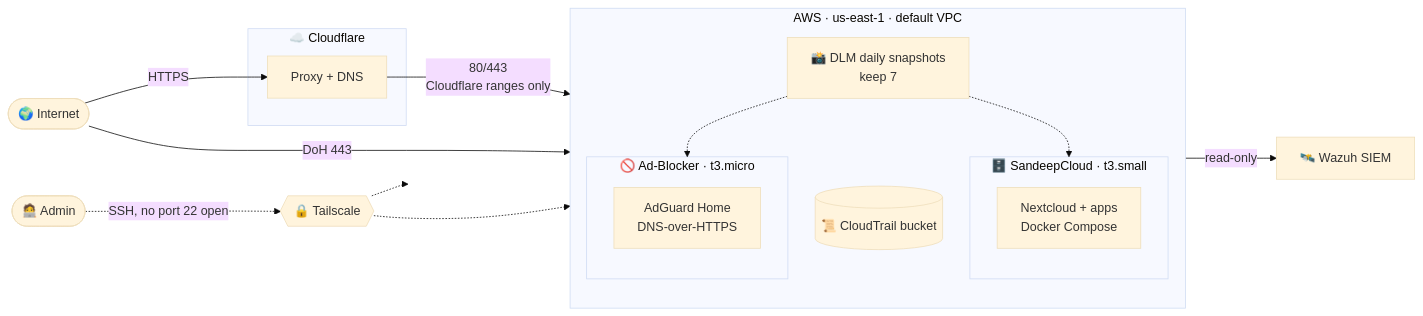
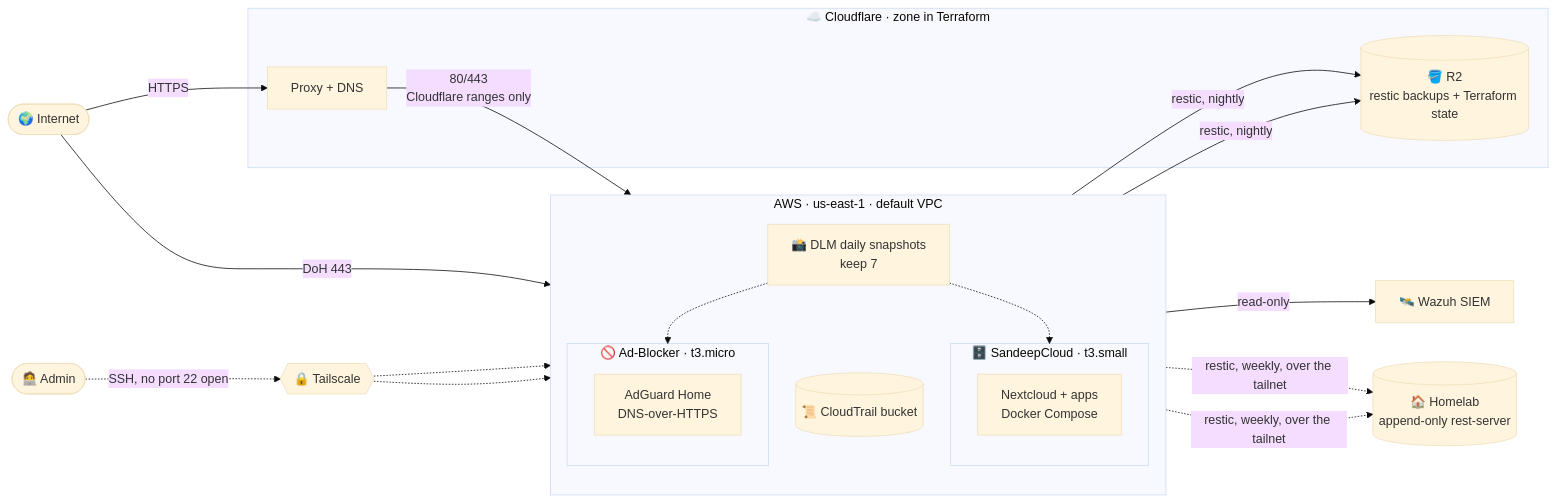
One commit to pokharelsandeep333-commits/SandeepCloud-IAC changed the first of 2 diagrams in README.md. Above: the diagram before and after it, drawn with Mermaid (base theme). The commit also changed other lines of this file, not shown here.

First line of the commit message:
docs(readme): roadmap and overview catch up with phase 5 and Cloudflare (#14)

````diff
--- a/README.md
+++ b/README.md
@@ -32,30 +33,34 @@
 ```mermaid
 flowchart LR
     user([🌍 Internet])
     admin([🧑‍💻 Admin])
 
-    subgraph cf[☁️ Cloudflare]
+    subgraph cf[☁️ Cloudflare · zone in Terraform]
         proxy[Proxy + DNS]
+        r2[(🪣 R2<br/>restic backups + Terraform state)]
     end
 
     subgraph aws[AWS · us-east-1 · default VPC]
         direction TB
         subgraph sc[🗄️ SandeepCloud · t3.small]
             nc[Nextcloud + apps<br/>Docker Compose]
         end
         subgraph ab[🚫 Ad-Blocker · t3.micro]
             dns[AdGuard Home<br/>DNS-over-HTTPS]
         end
         trail[(📜 CloudTrail bucket)]
         dlm[📸 DLM daily snapshots<br/>keep 7]
     end
 
     tailnet{{🔒 Tailscale}}
     wazuh[🛰️ Wazuh SIEM]
+    home[(🏠 Homelab<br/>append-only rest-server)]
 
     user -->|HTTPS| proxy -->|80/443<br/>Cloudflare ranges only| nc
     user -->|DoH 443| dns
     admin -.->|SSH, no port 22 open| tailnet -.-> sc & ab
     trail -->|read-only| wazuh
     dlm -.-> sc & ab
+    sc & ab -->|restic, nightly| r2
+    sc & ab -.->|restic, weekly, over the tailnet| home
 ```
````
